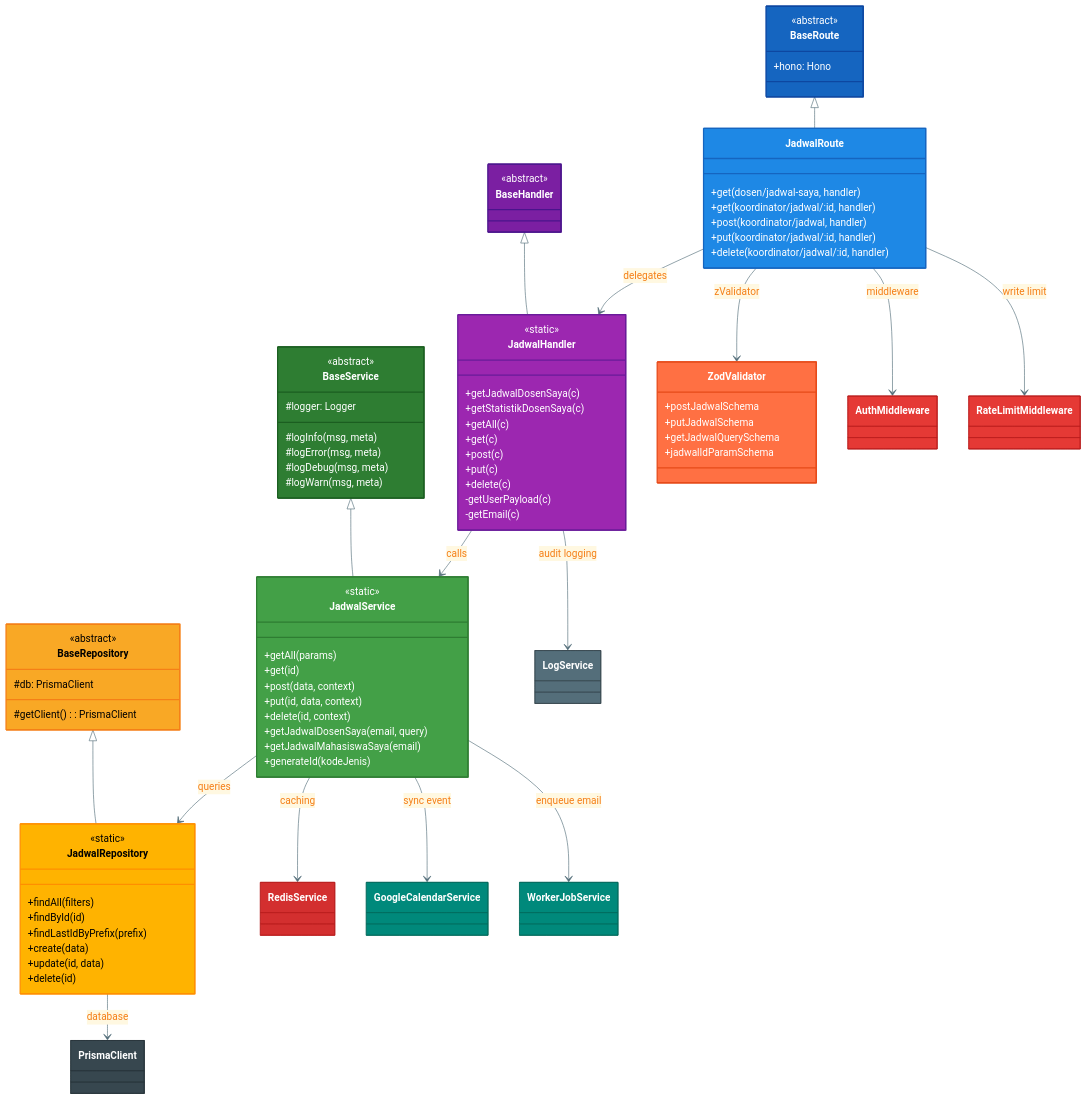
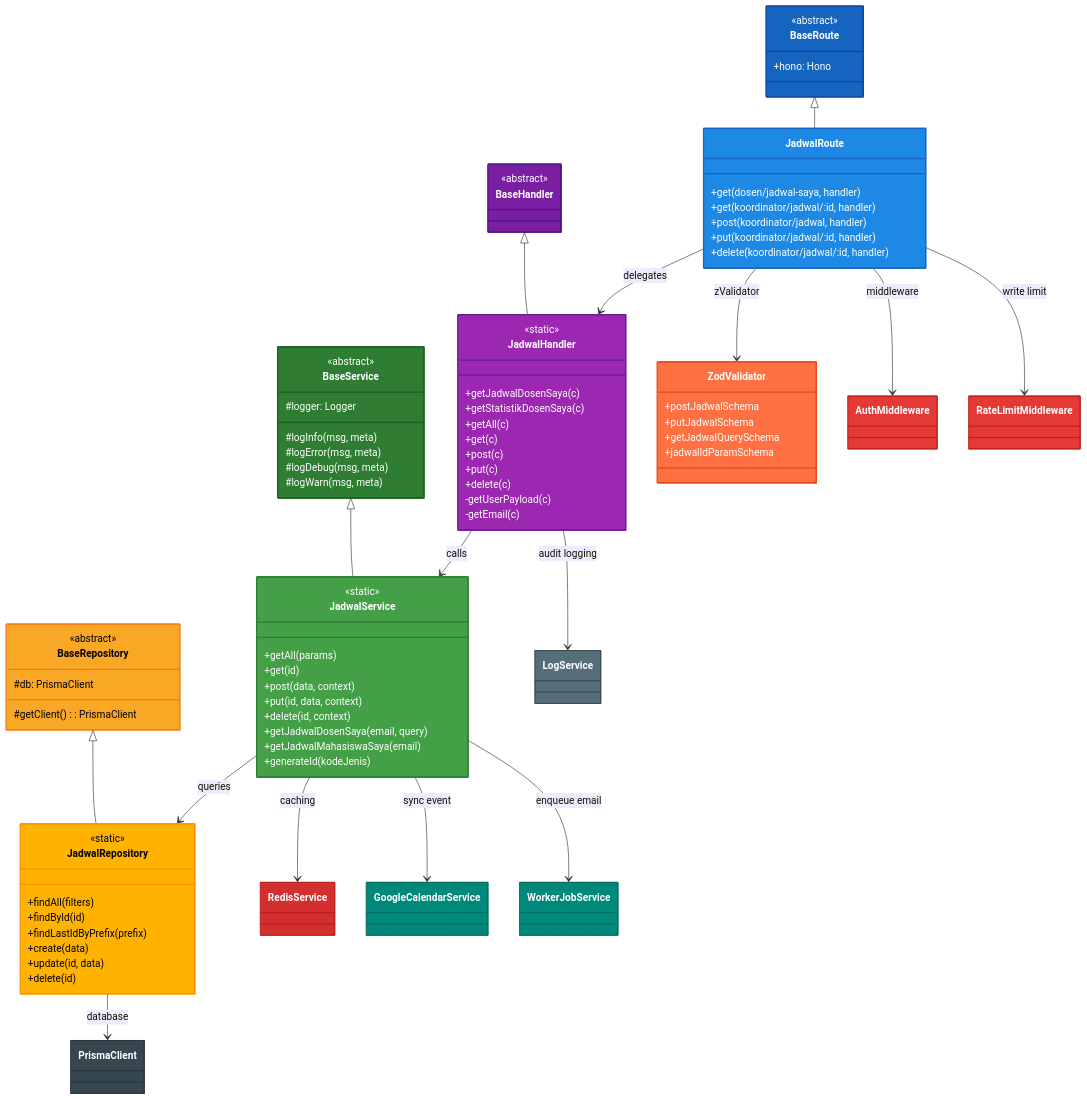
Before and after one commit to luna-gindra/c4-architecture-hono-api-seminar: the fourth of 12 diagrams in architecture-c4-level4.md, drawn with Mermaid. The commit also changed other lines of this file and 1 other file, not shown here.

First line of the commit message:
🎨 Fix: Switch all diagrams to default (white) theme for GitHub readability

````diff
--- a/architecture-c4-level4.md
+++ b/architecture-c4-level4.md
@@ -248,10 +233,5 @@
 ```mermaid
-%%{init: {"theme": "base", "themeVariables": {
-    "primaryColor": "#FFF8E1",
-    "primaryTextColor": "#F57F17",
-    "lineColor": "#546E7A",
-    "fontSize": 13
-}}}%%
+%%{init: {"theme": "default"}}%%
 classDiagram
     class BaseRoute {
         <<abstract>>
````
